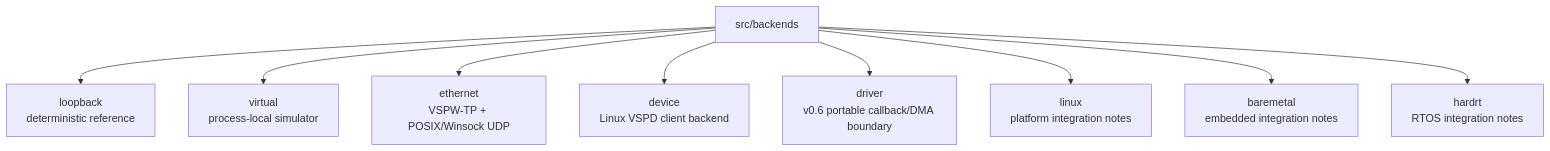
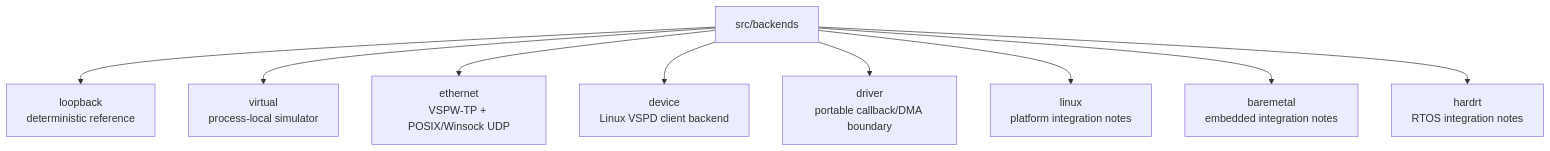
One commit to ExoSpaceLabs/spwkit changed the diagram in src/backends/README.md. Above: the diagram before and after it, drawn with Mermaid. The commit also changed other lines of this file, not shown here.

Commit message:
docs(spwkit): synchronize backend status

````diff
--- a/src/backends/README.md
+++ b/src/backends/README.md
@@ -7,11 +7,11 @@
 ```mermaid
 flowchart TB
     ROOT[src/backends] --> LOOP[loopback<br/>deterministic reference]
     ROOT --> VIRT[virtual<br/>process-local simulator]
     ROOT --> ETH[ethernet<br/>VSPW-TP + POSIX/Winsock UDP]
     ROOT --> DEV[device<br/>Linux VSPD client backend]
-    ROOT --> DRIVER[driver<br/>v0.6 portable callback/DMA boundary]
+    ROOT --> DRIVER[driver<br/>portable callback/DMA boundary]
     ROOT --> LINUX[linux<br/>platform integration notes]
     ROOT --> BARE[baremetal<br/>embedded integration notes]
     ROOT --> HRT[hardrt<br/>RTOS integration notes]
 ```
````
